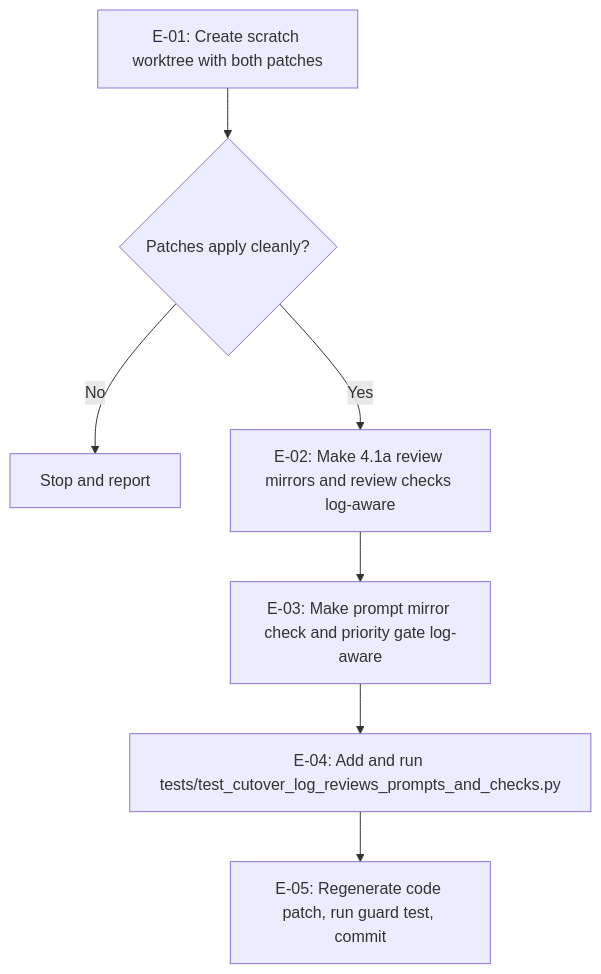
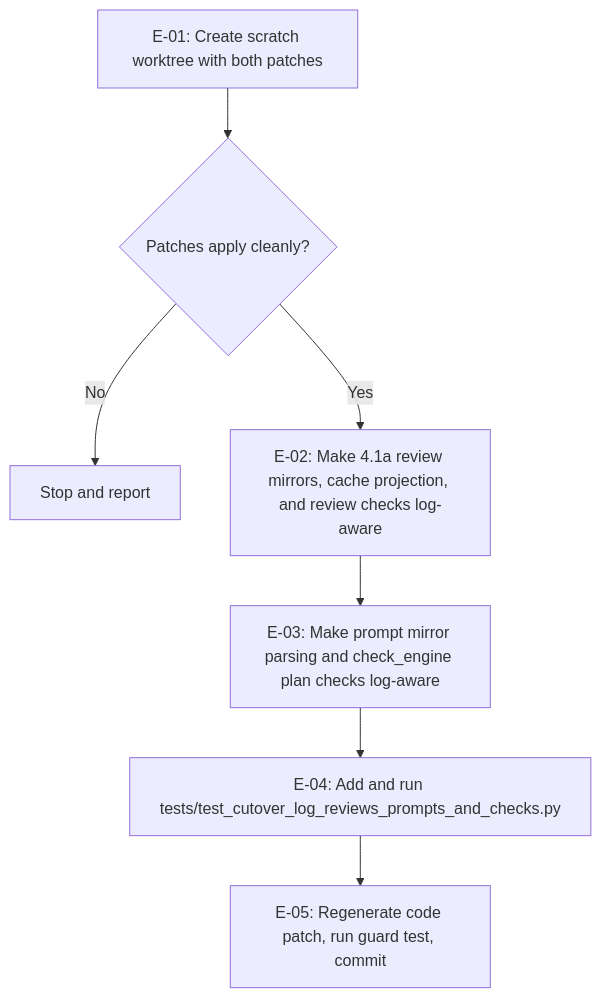
Before and after one commit to fariello/agent-workflows: the diagram in .aw/records/plans/pending/20261126-metastore-317-p109wy-make-review-mirrors-prompt-metadata-and-check-engine-priorit.ipd.md, drawn with Mermaid. The commit also changed other lines of this file and 1 other file, not shown here.

First line of the commit message:
plan-review: harden p109wy (revisions applied)

````diff
--- a/.aw/records/plans/pending/20261126-metastore-317-p109wy-make-review-mirrors-prompt-metadata-and-check-engine-priorit.ipd.md
+++ b/.aw/records/plans/pending/20261126-metastore-317-p109wy-make-review-mirrors-prompt-metadata-and-check-engine-priorit.ipd.md
@@ -101,9 +123,9 @@
 ```mermaid
 flowchart TD
     E01["E-01: Create scratch worktree with both patches"] --> P{Patches apply cleanly?}
     P -->|No| STOP["Stop and report"]
-    P -->|Yes| E02["E-02: Make 4.1a review mirrors and review checks log-aware"]
-    E02 --> E03["E-03: Make prompt mirror check and priority gate log-aware"]
+    P -->|Yes| E02["E-02: Make 4.1a review mirrors, cache projection, and review checks log-aware"]
+    E02 --> E03["E-03: Make prompt mirror parsing and check_engine plan checks log-aware"]
     E03 --> E04["E-04: Add and run tests/test_cutover_log_reviews_prompts_and_checks.py"]
     E04 --> E05["E-05: Regenerate code patch, run guard test, commit"]
 ```
````
